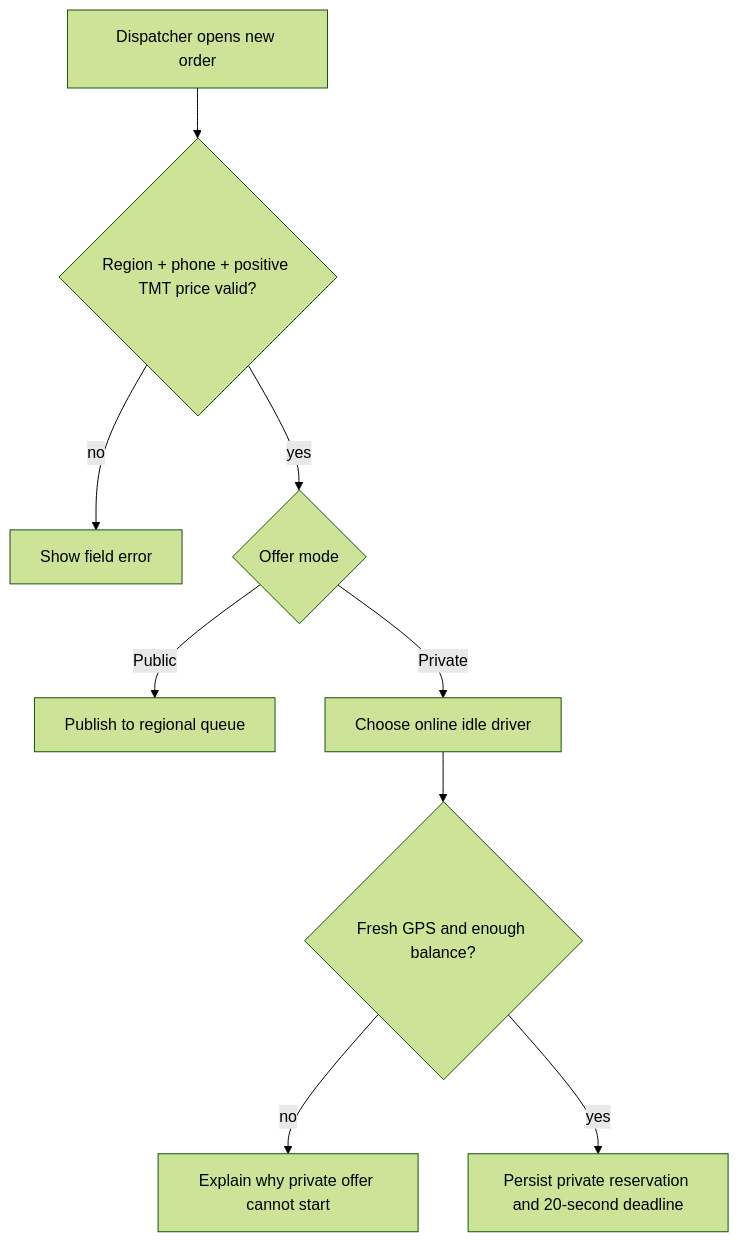
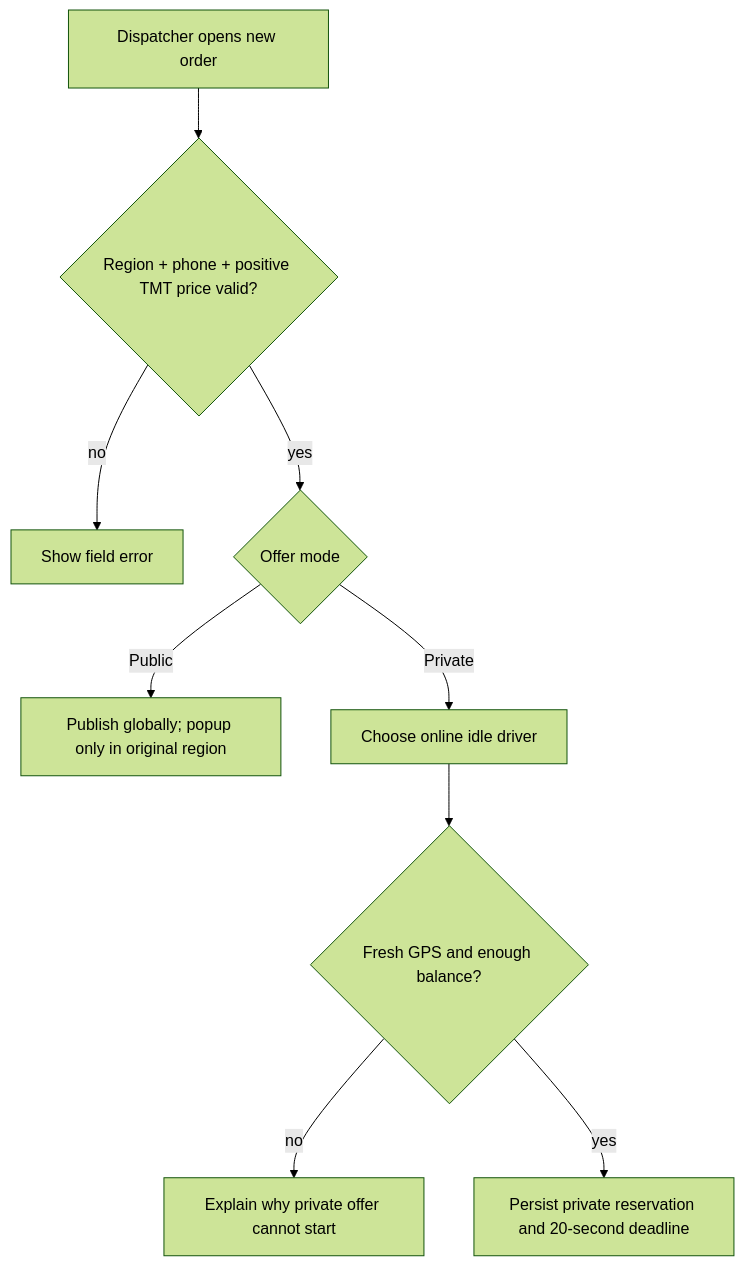
The second of 7 diagrams in docs/guide/flows.en.md (bagtyyarkovusov/tayyn-hyzmat-project), drawn with Mermaid (forest theme) before and after one commit. The commit also changed other lines of this file and 28 other files, not shown here.

````diff
--- a/docs/guide/flows.en.md
+++ b/docs/guide/flows.en.md
@@ -30,11 +30,11 @@
 ```mermaid
 flowchart TD
   A[Dispatcher opens new order] --> B{Region + phone + positive TMT price valid?}
   B -- no --> B1[Show field error]
   B -- yes --> C{Offer mode}
-  C -- Public --> D[Publish to regional queue]
+  C -- Public --> D[Publish globally; popup only in original region]
   C -- Private --> E[Choose online idle driver]
   E --> F{Fresh GPS and enough balance?}
   F -- no --> F1[Explain why private offer cannot start]
   F -- yes --> G[Persist private reservation and 20-second deadline]
 ```
````
